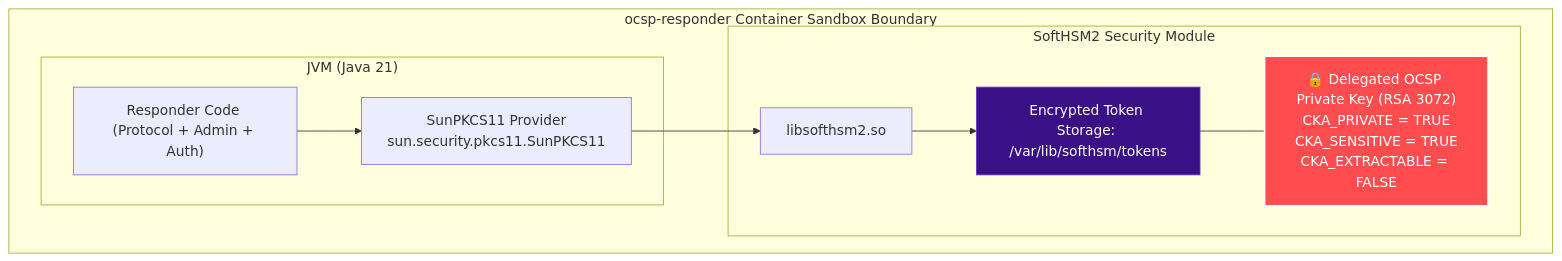
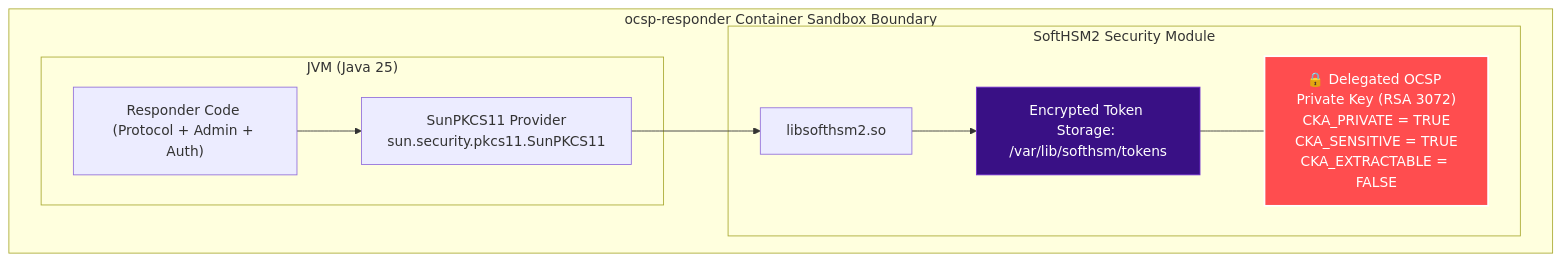
The seventh of 7 diagrams in ARCHITECTURE.md (Majdzapa/OCSP), drawn with Mermaid before and after one commit. The commit also changed other lines of this file and 8 other files, not shown here.

````diff
--- a/ARCHITECTURE.md
+++ b/ARCHITECTURE.md
@@ -349,23 +349,23 @@
 ```mermaid
 graph TD
     subgraph CONTAINER["ocsp-responder Container Sandbox Boundary"]
-        subgraph PROCESS["JVM (Java 21)"]
+        subgraph PROCESS["JVM (Java 25)"]
             APP_CODE["Responder Code (Protocol + Admin + Auth)"]
             SUN_PKCS11["SunPKCS11 Provider<br/>sun.security.pkcs11.SunPKCS11"]
         end
 
         subgraph SOFTHSM["SoftHSM2 Security Module"]
             LIB["libsofthsm2.so"]
             TOKEN_STORE["Encrypted Token Storage: /var/lib/softhsm/tokens"]
             PRIV_KEY["🔒 Delegated OCSP Private Key (RSA 3072)<br/>CKA_PRIVATE = TRUE<br/>CKA_SENSITIVE = TRUE<br/>CKA_EXTRACTABLE = FALSE"]
         end
 
         APP_CODE --> SUN_PKCS11
         SUN_PKCS11 --> LIB
         LIB --> TOKEN_STORE
         TOKEN_STORE --- PRIV_KEY
     end
 
     style PRIV_KEY fill:#ff4d4f,stroke:#fff,stroke-width:2px,color:#fff
     style TOKEN_STORE fill:#391085,stroke:#722ed1,stroke-width:1px,color:#fff
 ```
````
